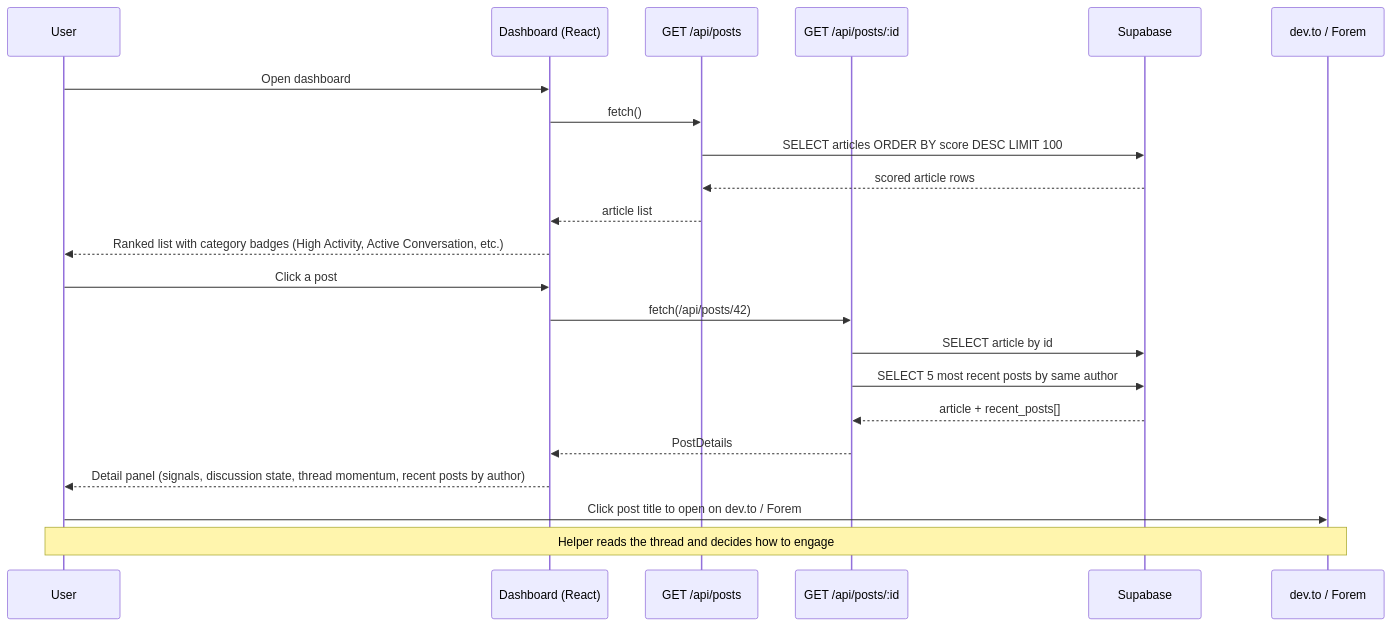
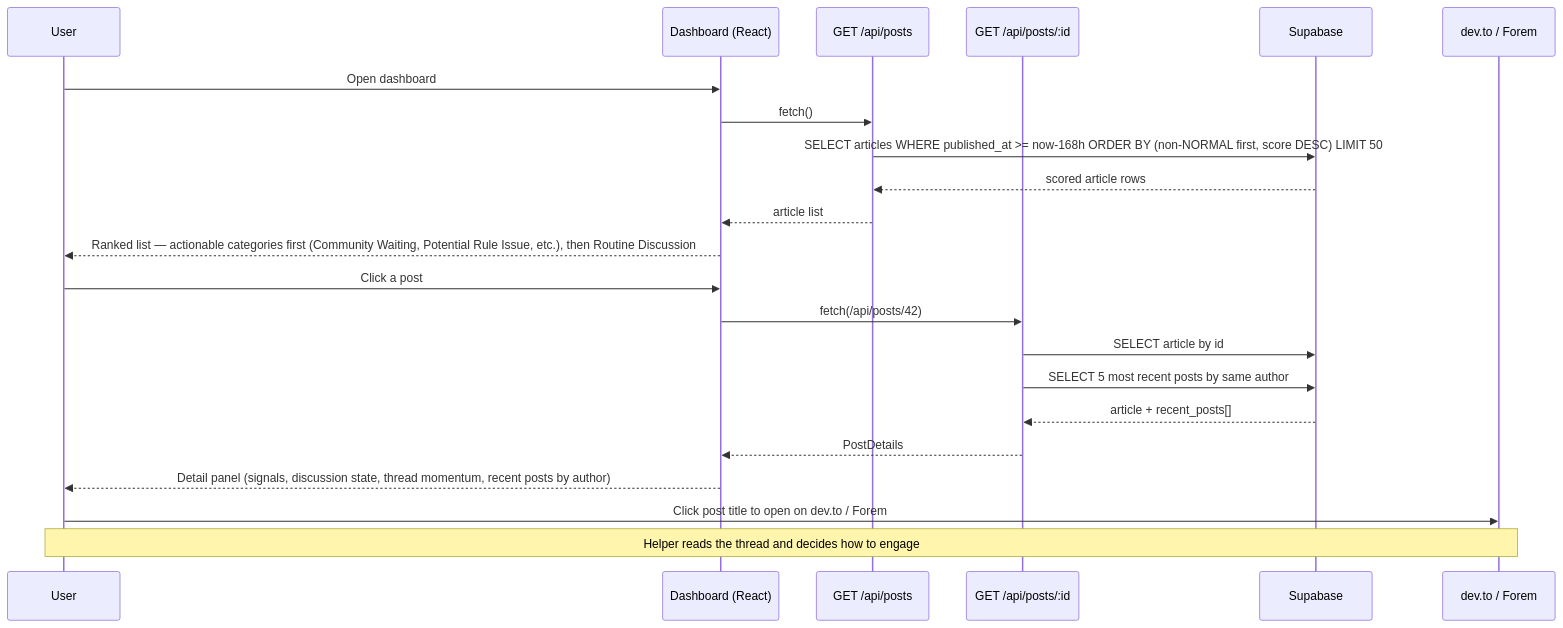
The third of 3 diagrams in README.md (ChecKMarKDevTools/dev-community-dashboard), drawn with Mermaid before and after one commit. The commit also changed other lines of this file and 19 other files, not shown here.

````diff
--- a/README.md
+++ b/README.md
@@ -73,27 +73,27 @@
 ```mermaid
 sequenceDiagram
   participant U as User
   participant D as Dashboard (React)
   participant Posts as GET /api/posts
   participant Detail as GET /api/posts/:id
   participant SB as Supabase
   participant F as dev.to / Forem
 
   U->>D: Open dashboard
   D->>Posts: fetch()
-  Posts->>SB: SELECT articles ORDER BY score DESC LIMIT 100
+  Posts->>SB: SELECT articles WHERE published_at >= now-168h ORDER BY (non-NORMAL first, score DESC) LIMIT 50
   SB-->>Posts: scored article rows
   Posts-->>D: article list
-  D-->>U: Ranked list with category badges (High Activity, Active Conversation, etc.)
+  D-->>U: Ranked list — actionable categories first (Community Waiting, Potential Rule Issue, etc.), then Routine Discussion
 
   U->>D: Click a post
   D->>Detail: fetch(/api/posts/42)
   Detail->>SB: SELECT article by id
   Detail->>SB: SELECT 5 most recent posts by same author
   SB-->>Detail: article + recent_posts[]
   Detail-->>D: PostDetails
   D-->>U: Detail panel (signals, discussion state, thread momentum, recent posts by author)
 
   U->>F: Click post title to open on dev.to / Forem
   Note over U,F: Helper reads the thread and decides how to engage
 ```
````
